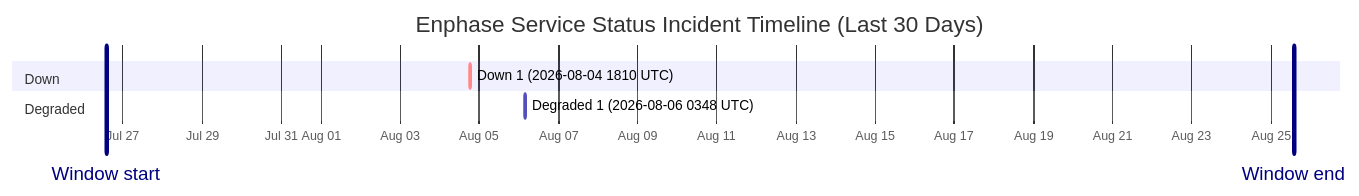
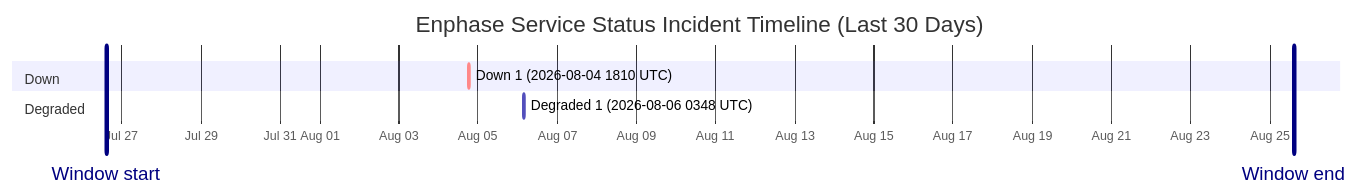
Before and after one commit to barneyonline/ha-enphase-energy: the diagram in wiki/Service-Status-History.md, drawn with Mermaid. The commit also changed other lines of this file and 3 other files, not shown here.

````diff
--- a/wiki/Service-Status-History.md
+++ b/wiki/Service-Status-History.md
@@ -14,12 +14,12 @@
 ```mermaid
 gantt
     title Enphase Service Status Incident Timeline (Last 30 Days)
     dateFormat  YYYY-MM-DDTHH:mm:ss
     axisFormat  %b %d
-    Window start :vert, window-start, 2026-07-26T13:48:13, 0ms
-    Window end :vert, window-end, 2026-08-25T13:48:13, 0ms
+    Window start :vert, window-start, 2026-07-26T14:42:18, 0ms
+    Window end :vert, window-end, 2026-08-25T14:42:18, 0ms
     section Down
     Down 1 (2026-08-04 1810 UTC) :crit, down-1, 2026-08-04T18:10:46, 60m
     section Degraded
     Degraded 1 (2026-08-06 0348 UTC) :active, degraded-1, 2026-08-06T03:48:14, 60m
 ```
````
